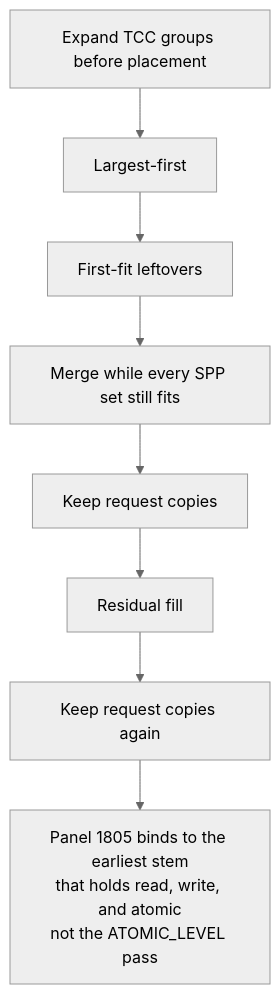
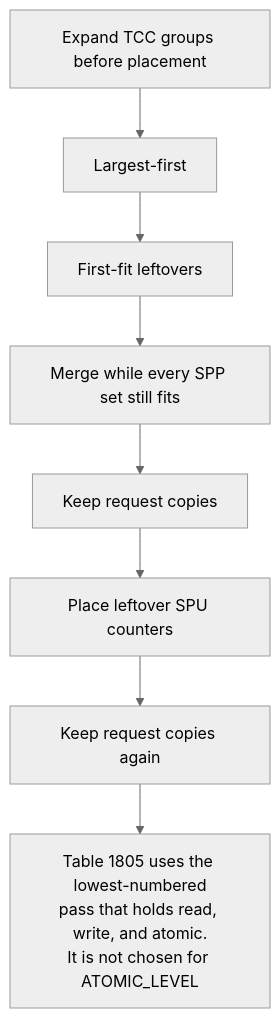
One commit to DeanTMaxim/rocm-systems changed the second of 2 diagrams in projects/rocprofiler-compute/docs/single-pass_packable_and_unpackable/lld-metrics-grouping-algorithm.md. Above: the diagram before and after it, drawn with Mermaid (neutral theme). The commit also changed other lines of this file and 1 other file, not shown here.

````diff
--- a/projects/rocprofiler-compute/docs/single-pass_packable_and_unpackable/lld-metrics-grouping-algorithm.md
+++ b/projects/rocprofiler-compute/docs/single-pass_packable_and_unpackable/lld-metrics-grouping-algorithm.md
@@ -117,11 +119,11 @@
 ```mermaid
 flowchart TD
   E[Expand TCC groups before placement]
   E --> L[Largest-first]
   L --> F[First-fit leftovers]
   F --> M[Merge while every SPP set still fits]
   M --> K1[Keep request copies]
-  K1 --> R[Residual fill]
+  K1 --> R[Place leftover SPU counters]
   R --> K2[Keep request copies again]
-  K2 --> B[Panel 1805 binds to the earliest stem<br/>that holds read, write, and atomic<br/>not the ATOMIC_LEVEL pass]
+  K2 --> B[Table 1805 uses the lowest-numbered<br/>pass that holds read, write, and atomic.<br/>It is not chosen for ATOMIC_LEVEL]
 ```
````
